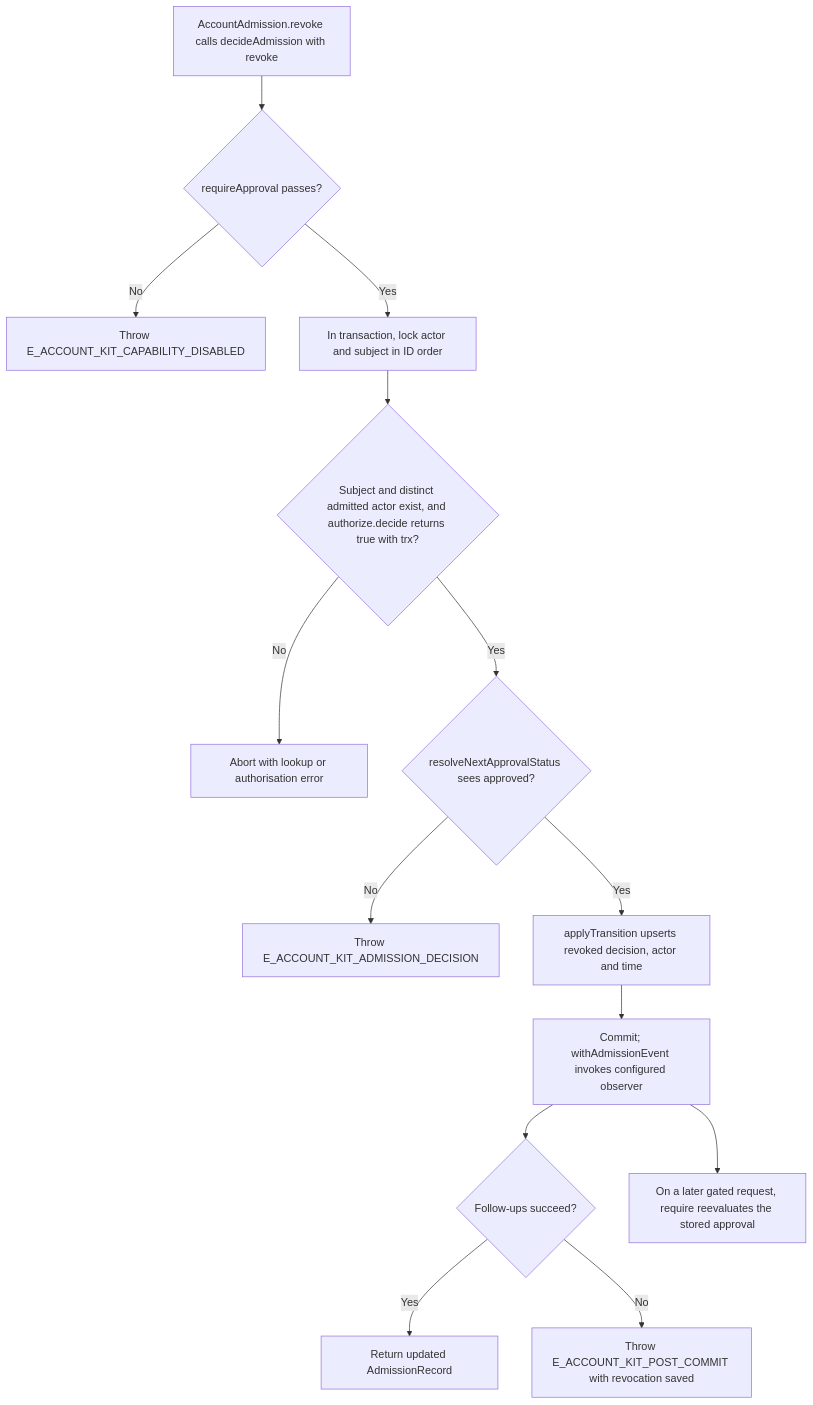
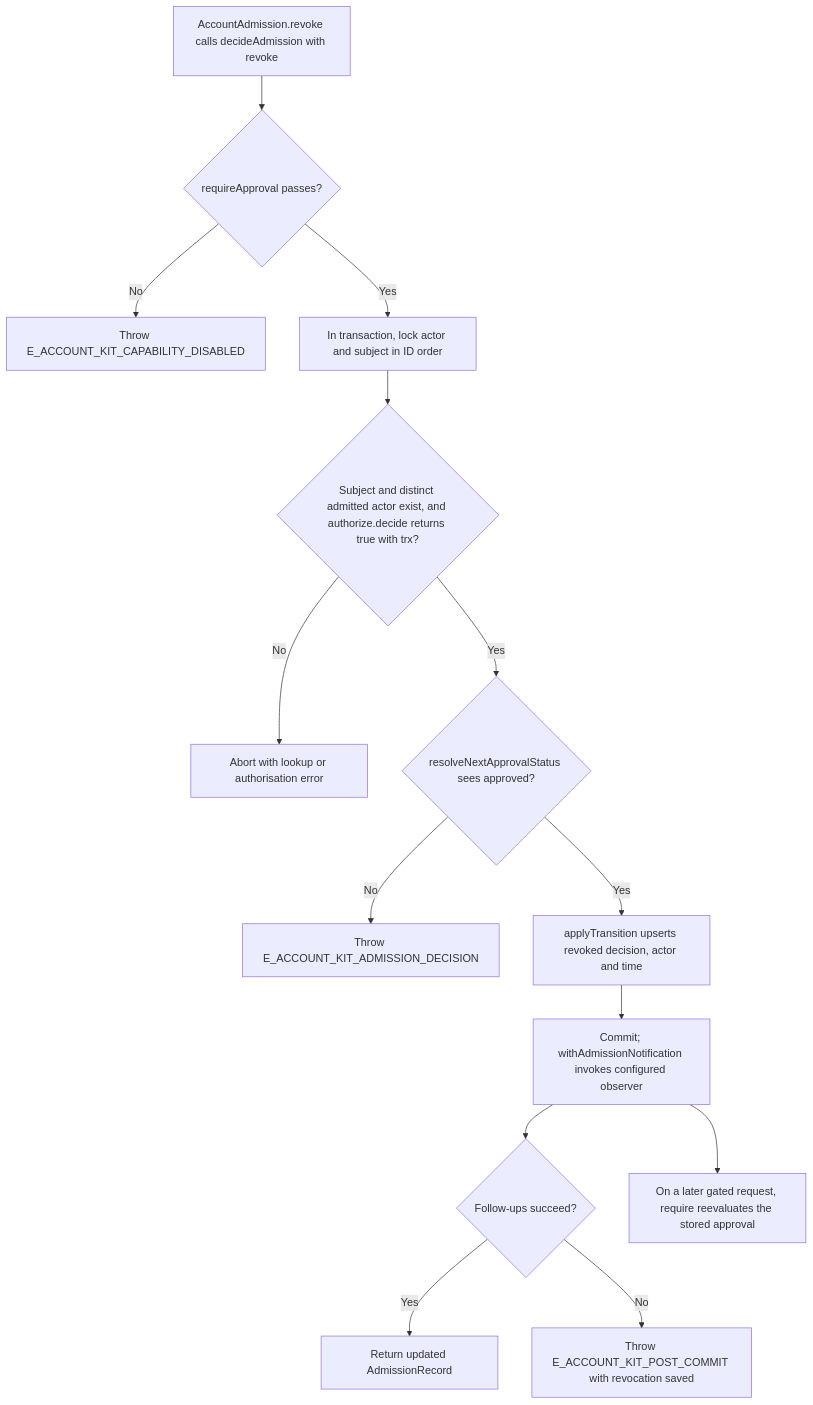
One commit to Kevinjohn/oss-adonisjs-account-kit changed the second of 2 diagrams in user-stories/US-ACCOUNT-27-revoke-admission.md. Above: the diagram before and after it, drawn with Mermaid. The commit also changed 16 other files, not shown here.

````diff
--- a/user-stories/US-ACCOUNT-27-revoke-admission.md
+++ b/user-stories/US-ACCOUNT-27-revoke-admission.md
@@ -38,16 +38,16 @@
 ```mermaid
 flowchart TD
  A["AccountAdmission.revoke calls decideAdmission with revoke"] --> B{"requireApproval passes?"}
  B -->|No| C["Throw E_ACCOUNT_KIT_CAPABILITY_DISABLED"]
  B -->|Yes| D["In transaction, lock actor and subject in ID order"]
  D --> E{"Subject and distinct admitted actor exist, and authorize.decide returns true with trx?"}
  E -->|No| F["Abort with lookup or authorisation error"]
  E -->|Yes| G{"resolveNextApprovalStatus sees approved?"}
  G -->|No| H["Throw E_ACCOUNT_KIT_ADMISSION_DECISION"]
  G -->|Yes| I["applyTransition upserts revoked decision, actor and time"]
- I --> J["Commit; withAdmissionEvent invokes configured observer"]
+ I --> J["Commit; withAdmissionNotification invokes configured observer"]
  J --> K{"Follow-ups succeed?"}
  K -->|Yes| L["Return updated AdmissionRecord"]
  K -->|No| M["Throw E_ACCOUNT_KIT_POST_COMMIT with revocation saved"]
  J --> N["On a later gated request, require reevaluates the stored approval"]
 ```
````
